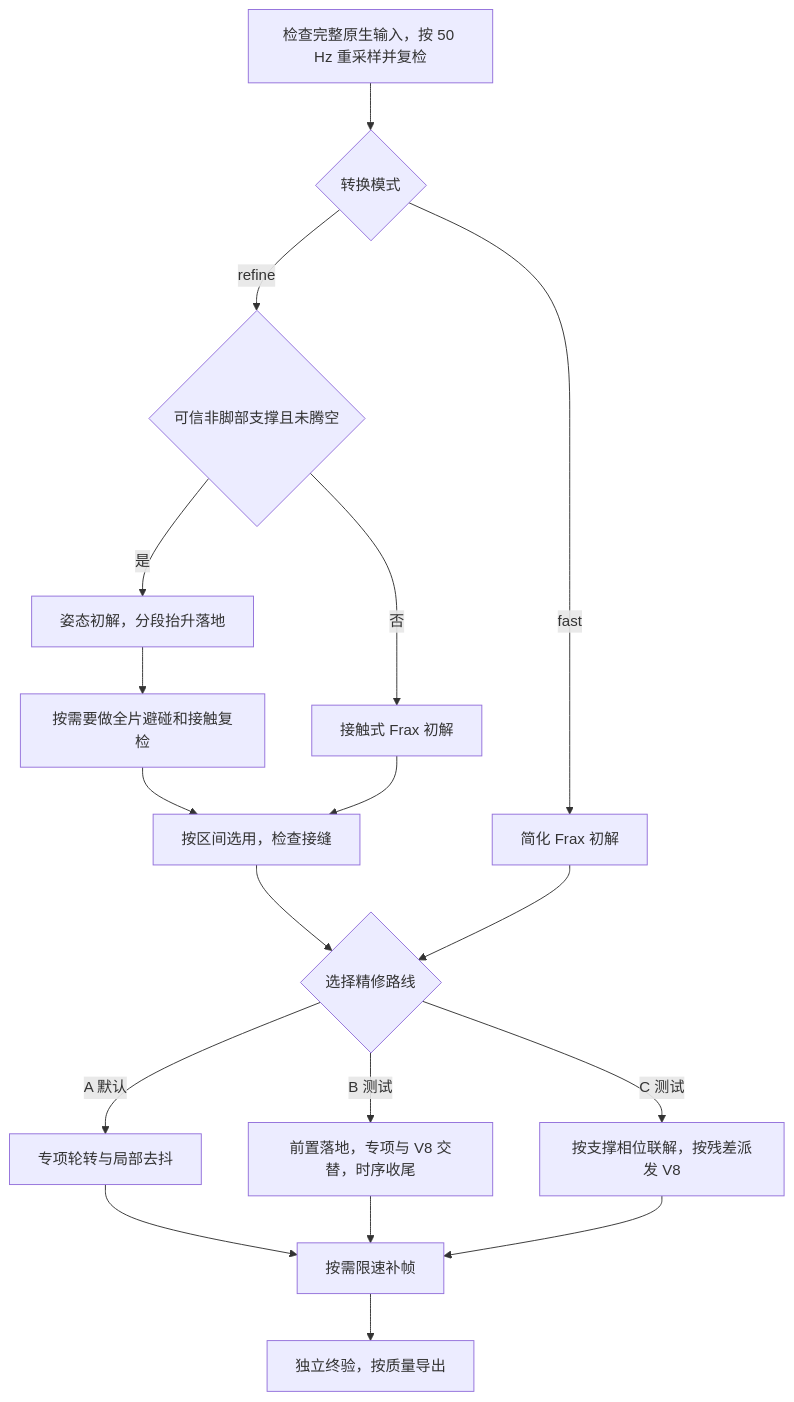
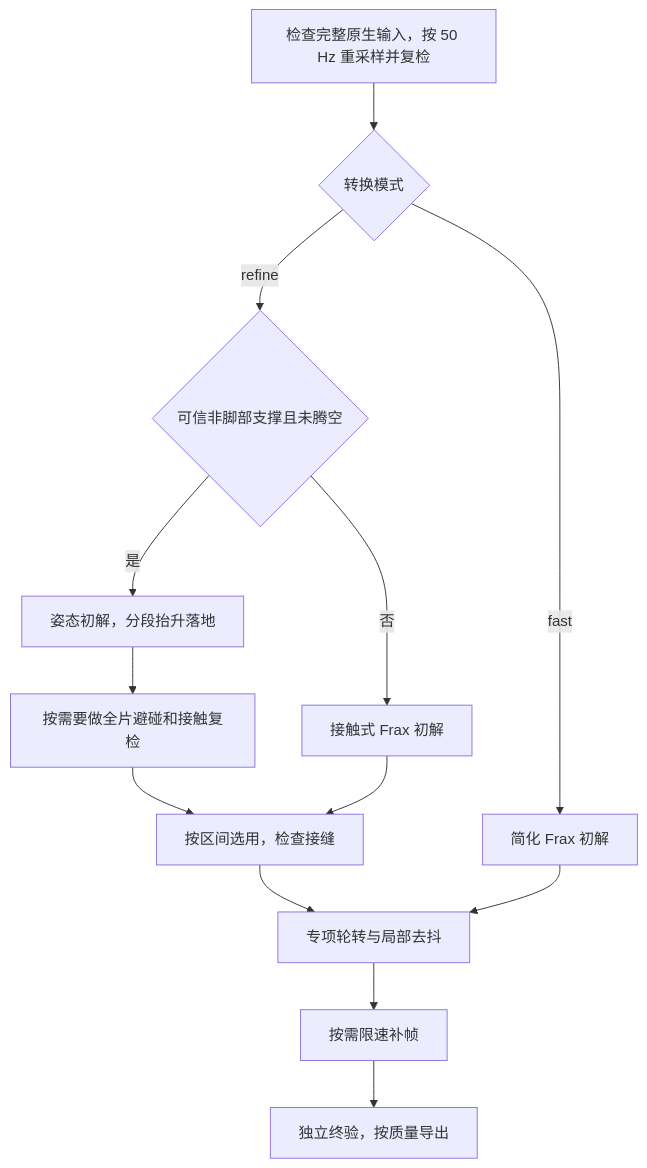
One commit to luckylhf/Dex-RetargetPro changed the diagram in docs/PIPELINE.md. Above: the diagram before and after it, drawn with Mermaid. The commit also changed other lines of this file and 146 other files, not shown here.

````diff
--- a/docs/PIPELINE.md
+++ b/docs/PIPELINE.md
@@ -5,20 +5,15 @@
 ```mermaid
 flowchart TD
     A["检查完整原生输入，按 50 Hz 重采样并复检"] --> F{"转换模式"}
     F -->|fast| S["简化 Frax 初解"]
     F -->|refine| R{"可信非脚部支撑且未腾空"}
     R -->|否| K["接触式 Frax 初解"]
     R -->|是| L["姿态初解，分段抬升落地"]
     L --> P["按需要做全片避碰和接触复检"]
     P --> J["按区间选用，检查接缝"]
     K --> J
-    J --> Q{"选择精修路线"}
-    S --> Q
-    Q -->|A 默认| D["专项轮转与局部去抖"]
-    Q -->|B 测试| B["前置落地，专项与 V8 交替，时序收尾"]
-    Q -->|C 测试| C["按支撑相位联解，按残差派发 V8"]
+    J --> D["专项轮转与局部去抖"]
+    S --> D
     D --> T["按需限速补帧"]
-    B --> T
-    C --> T
     T --> E["独立终验，按质量导出"]
 ```
````
